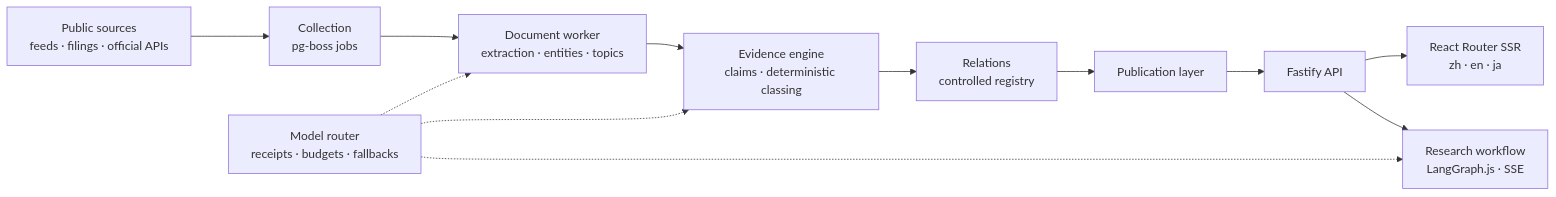
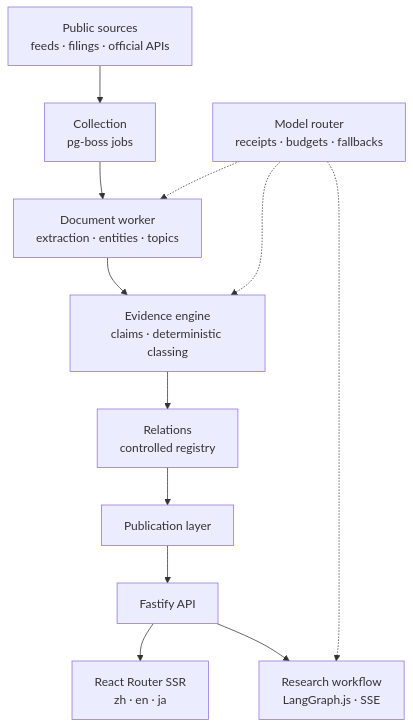
One commit to YOLOW92/aiseek-showcase changed the diagram in README.md. Above: the diagram before and after it, drawn with Mermaid. The commit also changed 1 other file, not shown here.

Commit message:
Draw the pipeline top to bottom so it stays readable

````diff
--- a/README.md
+++ b/README.md
@@ -31,11 +31,11 @@
 ```mermaid
-flowchart LR
+flowchart TD
   S[Public sources<br/>feeds · filings · official APIs] --> C[Collection<br/>pg-boss jobs]
   C --> D[Document worker<br/>extraction · entities · topics]
   D --> E[Evidence engine<br/>claims · deterministic classing]
   E --> G[Relations<br/>controlled registry]
   G --> P[Publication layer]
   P --> A[Fastify API] --> W[React Router SSR<br/>zh · en · ja]
   A --> R[Research workflow<br/>LangGraph.js · SSE]
   M[Model router<br/>receipts · budgets · fallbacks] -.-> D & E & R
 ```
````
